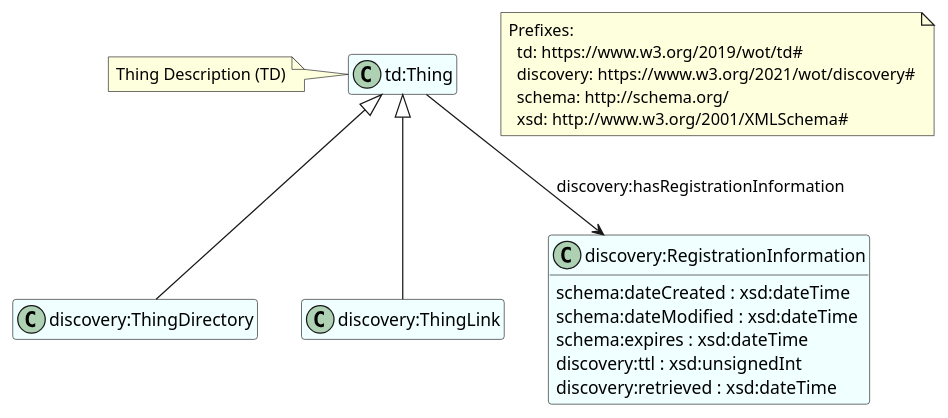
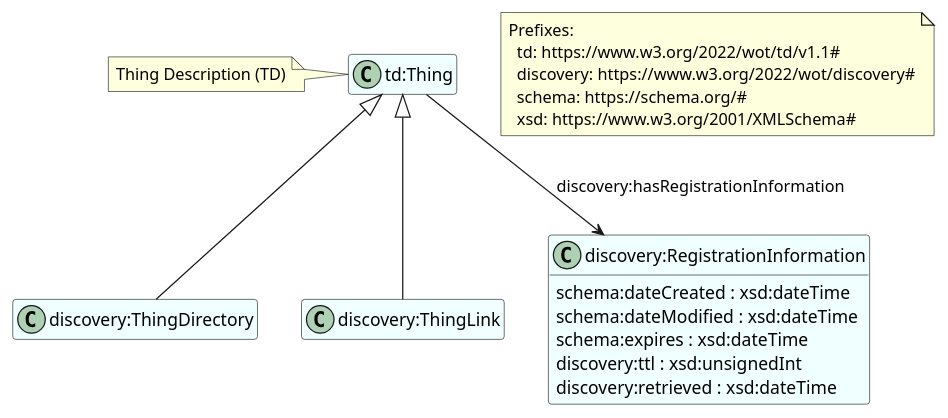
One commit to w3c/wot-discovery changed the diagram in images/discovery-class-diagram-ontology.puml. Above: the diagram before and after it, drawn with PlantUML. The commit also changed 4 other files, not shown here.

```diff
--- a/images/discovery-class-diagram-ontology.puml
+++ b/images/discovery-class-diagram-ontology.puml
@@ -1,43 +1,43 @@
 @startuml discovery-class-diagram-ontology
 hide members
 skinparam classBackgroundColor Azure
 
 class Thing as "td:Thing"
 note left: Thing Description (TD)
 class ThingDirectory as "discovery:ThingDirectory"
 class ThingLink as "discovery:ThingLink"
 
 class RegInfo as "discovery:RegistrationInformation" #Azure {
   schema:dateCreated : xsd:dateTime
   schema:dateModified : xsd:dateTime
   schema:expires : xsd:dateTime
   discovery:ttl : xsd:unsignedInt
   discovery:retrieved : xsd:dateTime
 }
 show RegInfo attributes
 together {
   Thing <|-- ThingDirectory
   Thing <|-- ThingLink
 }
 Thing --> RegInfo : "discovery:hasRegistrationInformation"
 
 note as Prefixes
 Prefixes:
-  td: https://www.w3.org/2019/wot/td#
-  discovery: https://www.w3.org/2021/wot/discovery#
-  schema: http://schema.org/
-  xsd: http://www.w3.org/2001/XMLSchema#
+  td: https://www.w3.org/2022/wot/td/v1.1#
+  discovery: https://www.w3.org/2022/wot/discovery#
+  schema: https://schema.org/#
+  xsd: https://www.w3.org/2001/XMLSchema#
 end note
 
 ' note as Aliases
 ' discovery:
 '   ThingDirectory: discovery:ThingDirectory
 '   ThingLink: discovery:ThingLink
 '   created: schema:dateCreated
 '   modified: schema:dateModified
 '   expires: schema:expires
 '   ttl: discovery:ttl
 '   retrieved: retrieved: dateTime
 ' end note
 
 @enduml
```
